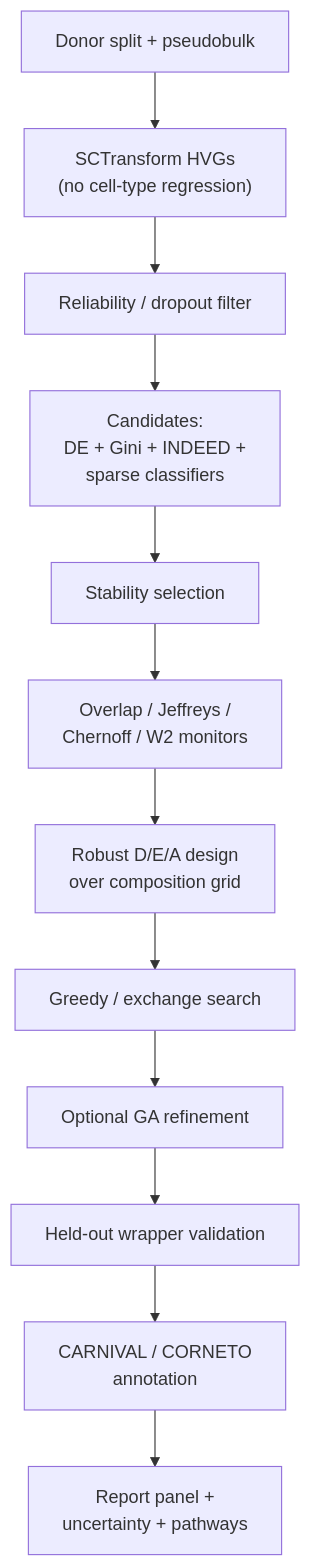
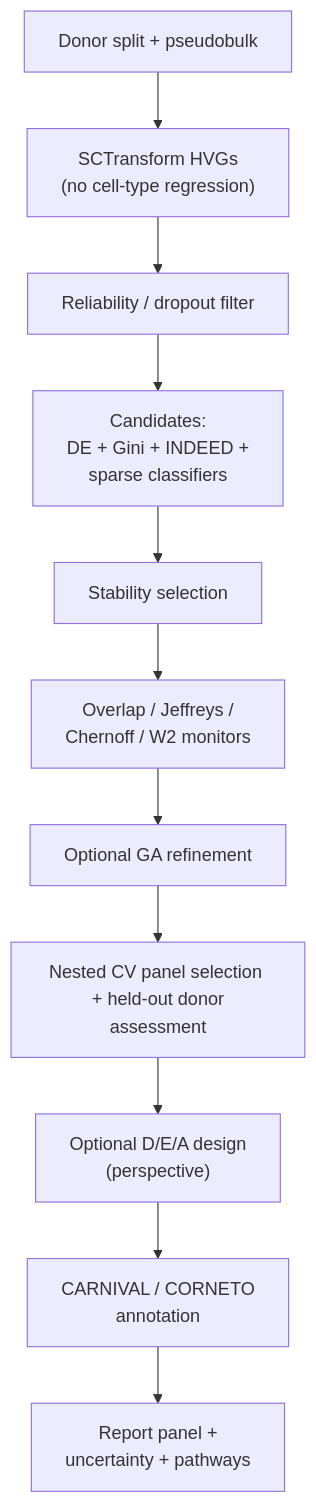
One commit to bastienchassagnol/DeCovarT changed the second of 2 diagrams in articles/feature-selection.md. Above: the diagram before and after it, drawn with Mermaid. The commit also changed other lines of this file and 13 other files, not shown here.

````diff
--- a/articles/feature-selection.md
+++ b/articles/feature-selection.md
@@ -829,15 +796,14 @@
 ``` mermaid
 %%{init: {"theme": "sandstone"}}%%
 flowchart TD
-  A["Donor split + pseudobulk"] --> B["SCTransform HVGs\n(no cell-type regression)"]
+  A["Donor split + pseudobulk"] --> B["SCTransform HVGs <br/> (no cell-type regression)"]
   B --> C["Reliability / dropout filter"]
-  C --> D["Candidates:\nDE + Gini + INDEED +\nsparse classifiers"]
+  C --> D["Candidates: <br/> DE + Gini + INDEED + <br/> sparse classifiers"]
   D --> E["Stability selection"]
-  E --> F["Overlap / Jeffreys /\nChernoff / W2 monitors"]
-  F --> G["Robust D/E/A design\nover composition grid"]
-  G --> H["Greedy / exchange search"]
-  H --> I["Optional GA refinement"]
-  I --> J["Held-out wrapper validation"]
-  J --> K["CARNIVAL / CORNETO\nannotation"]
-  K --> L["Report panel +\nuncertainty + pathways"]
+  E --> F["Overlap / Jeffreys / <br/> Chernoff / W2 monitors"]
+  F --> G["Optional GA refinement"]
+  G --> H["Nested CV panel selection <br/> + held-out donor assessment"]
+  H --> I["Optional D/E/A design <br/> (perspective)"]
+  I --> J["CARNIVAL / CORNETO <br/> annotation"]
+  J --> K["Report panel + <br/> uncertainty + pathways"]
 ```
````
